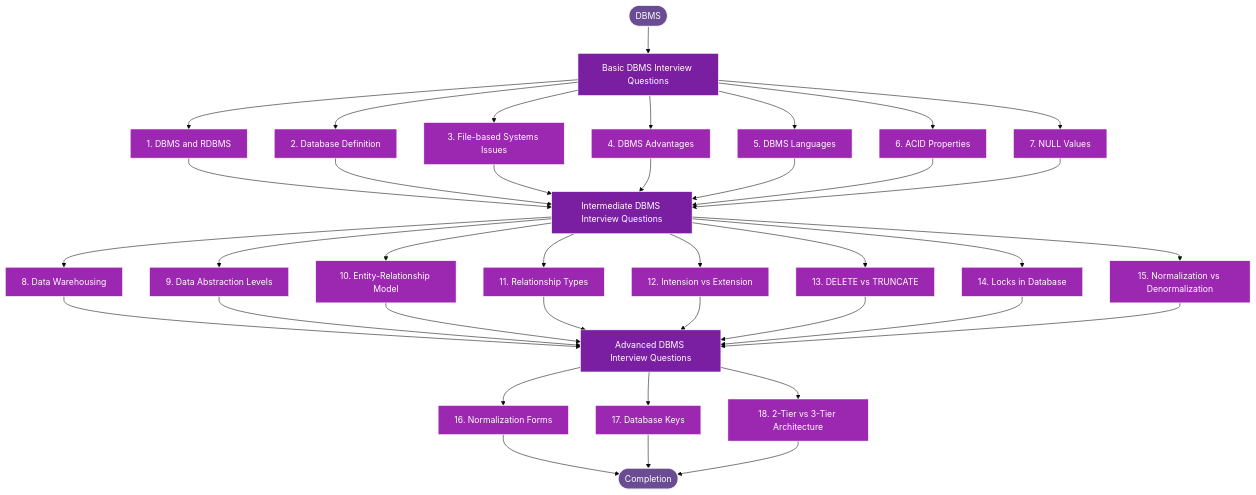
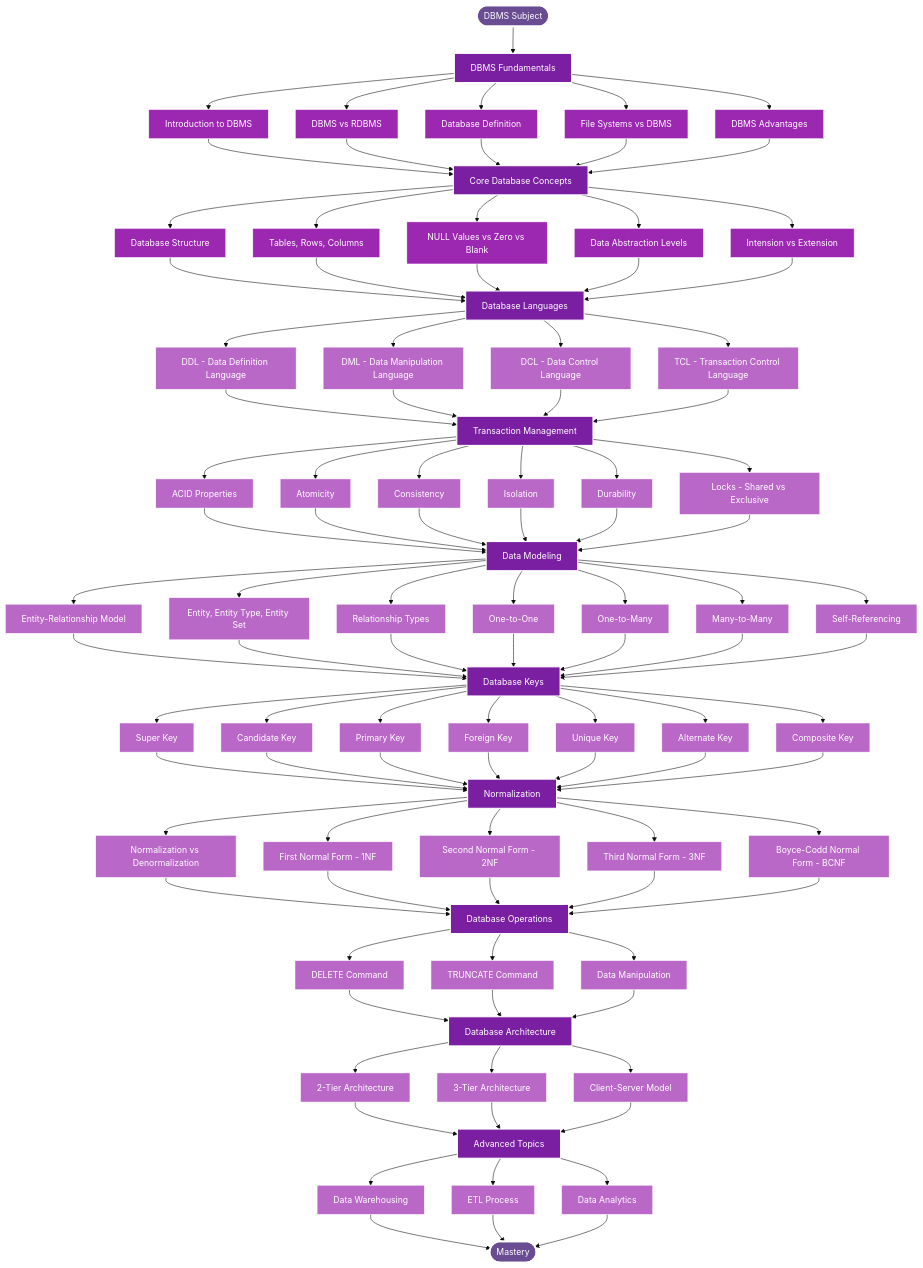
Before and after one commit to kintsugi-programmer/kintsugi-stack-dbms: the ninth of 9 diagrams in index.md, drawn with Mermaid (base theme).

````diff
--- a/index.md
+++ b/index.md
@@ -495,91 +495,191 @@
 ```mermaid
 flowchart TD
-    Start([DBMS]) --> Basic
+    Start([DBMS Subject]) --> Fundamentals
     
-    Basic[Basic DBMS Interview Questions] --> Q1
-    Basic --> Q2
-    Basic --> Q3
-    Basic --> Q4
-    Basic --> Q5
-    Basic --> Q6
-    Basic --> Q7
+    Fundamentals[DBMS Fundamentals] --> F1[Introduction to DBMS]
+    Fundamentals --> F2[DBMS vs RDBMS]
+    Fundamentals --> F3[Database Definition]
+    Fundamentals --> F4[File Systems vs DBMS]
+    Fundamentals --> F5[DBMS Advantages]
     
-    Q1[1. DBMS and RDBMS]
-    Q2[2. Database Definition]
-    Q3[3. File-based Systems Issues]
-    Q4[4. DBMS Advantages]
-    Q5[5. DBMS Languages]
-    Q6[6. ACID Properties]
-    Q7[7. NULL Values]
+    F1 --> Core
+    F2 --> Core
+    F3 --> Core
+    F4 --> Core
+    F5 --> Core
     
-    Q1 --> Intermediate
-    Q2 --> Intermediate
-    Q3 --> Intermediate
-    Q4 --> Intermediate
-    Q5 --> Intermediate
-    Q6 --> Intermediate
-    Q7 --> Intermediate
+    Core[Core Database Concepts] --> C1[Database Structure]
+    Core --> C2[Tables, Rows, Columns]
+    Core --> C3[NULL Values vs Zero vs Blank]
+    Core --> C4[Data Abstraction Levels]
+    Core --> C5[Intension vs Extension]
     
-    Intermediate[Intermediate DBMS Interview Questions] --> Q8
-    Intermediate --> Q9
-    Intermediate --> Q10
-    Intermediate --> Q11
-    Intermediate --> Q12
-    Intermediate --> Q13
-    Intermediate --> Q14
-    Intermediate --> Q15
+    C1 --> Languages
+    C2 --> Languages
+    C3 --> Languages
+    C4 --> Languages
+    C5 --> Languages
     
-    Q8[8. Data Warehousing]
-    Q9[9. Data Abstraction Levels]
-    Q10[10. Entity-Relationship Model]
-    Q11[11. Relationship Types]
-    Q12[12. Intension vs Extension]
-    Q13[13. DELETE vs TRUNCATE]
-    Q14[14. Locks in Database]
-    Q15[15. Normalization vs Denormalization]
+    Languages[Database Languages] --> L1[DDL - Data Definition Language]
+    Languages --> L2[DML - Data Manipulation Language]
+    Languages --> L3[DCL - Data Control Language]
+    Languages --> L4[TCL - Transaction Control Language]
     
-    Q8 --> Advanced
-    Q9 --> Advanced
-    Q10 --> Advanced
-    Q11 --> Advanced
-    Q12 --> Advanced
-    Q13 --> Advanced
-    Q14 --> Advanced
-    Q15 --> Advanced
+    L1 --> Transactions
+    L2 --> Transactions
+    L3 --> Transactions
+    L4 --> Transactions
     
-    Advanced[Advanced DBMS Interview Questions] --> Q16
-    Advanced --> Q17
-    Advanced --> Q18
+    Transactions[Transaction Management] --> T1[ACID Properties]
+    Transactions --> T2[Atomicity]
+    Transactions --> T3[Consistency]
+    Transactions --> T4[Isolation]
+    Transactions --> T5[Durability]
+    Transactions --> T6[Locks - Shared vs Exclusive]
     
-    Q16[16. Normalization Forms]
-    Q17[17. Database Keys]
-    Q18[18. 2-Tier vs 3-Tier Architecture]
+    T1 --> Modeling
+    T2 --> Modeling
+    T3 --> Modeling
+    T4 --> Modeling
+    T5 --> Modeling
+    T6 --> Modeling
     
-    Q16 --> End([Completion])
-    Q17 --> End
-    Q18 --> End
+    Modeling[Data Modeling] --> M1[Entity-Relationship Model]
+    Modeling --> M2[Entity, Entity Type, Entity Set]
+    Modeling --> M3[Relationship Types]
+    Modeling --> M4[One-to-One]
+    Modeling --> M5[One-to-Many]
+    Modeling --> M6[Many-to-Many]
+    Modeling --> M7[Self-Referencing]
     
-    style Start fill:#6a4c93,stroke:#ffffff,color:#ffffff
-    style Basic fill:#7b1fa2,stroke:#ffffff,color:#ffffff
-    style Intermediate fill:#7b1fa2,stroke:#ffffff,color:#ffffff
-    style Advanced fill:#7b1fa2,stroke:#ffffff,color:#ffffff
-    style End fill:#6a4c93,stroke:#ffffff,color:#ffffff
-    style Q1 fill:#9c27b0,stroke:#ffffff,color:#ffffff
-    style Q2 fill:#9c27b0,stroke:#ffffff,color:#ffffff
-    style Q3 fill:#9c27b0,stroke:#ffffff,color:#ffffff
-    style Q4 fill:#9c27b0,stroke:#ffffff,color:#ffffff
-    style Q5 fill:#9c27b0,stroke:#ffffff,color:#ffffff
-    style Q6 fill:#9c27b0,stroke:#ffffff,color:#ffffff
-    style Q7 fill:#9c27b0,stroke:#ffffff,color:#ffffff
-    style Q8 fill:#9c27b0,stroke:#ffffff,color:#ffffff
-    style Q9 fill:#9c27b0,stroke:#ffffff,color:#ffffff
-    style Q10 fill:#9c27b0,stroke:#ffffff,color:#ffffff
-    style Q11 fill:#9c27b0,stroke:#ffffff,color:#ffffff
-    style Q12 fill:#9c27b0,stroke:#ffffff,color:#ffffff
-    style Q13 fill:#9c27b0,stroke:#ffffff,color:#ffffff
-    style Q14 fill:#9c27b0,stroke:#ffffff,color:#ffffff
-    style Q15 fill:#9c27b0,stroke:#ffffff,color:#ffffff
-    style Q16 fill:#9c27b0,stroke:#ffffff,color:#ffffff
-    style Q17 fill:#9c27b0,stroke:#ffffff,color:#ffffff
-    style Q18 fill:#9c27b0,stroke:#ffffff,color:#ffffff
+    M1 --> Keys
+    M2 --> Keys
+    M3 --> Keys
+    M4 --> Keys
+    M5 --> Keys
+    M6 --> Keys
+    M7 --> Keys
+    
+    Keys[Database Keys] --> K1[Super Key]
+    Keys --> K2[Candidate Key]
+    Keys --> K3[Primary Key]
+    Keys --> K4[Foreign Key]
+    Keys --> K5[Unique Key]
+    Keys --> K6[Alternate Key]
+    Keys --> K7[Composite Key]
+    
+    K1 --> Normalization
+    K2 --> Normalization
+    K3 --> Normalization
+    K4 --> Normalization
+    K5 --> Normalization
+    K6 --> Normalization
+    K7 --> Normalization
+    
+    Normalization[Normalization] --> N1[Normalization vs Denormalization]
+    Normalization --> N2[First Normal Form - 1NF]
+    Normalization --> N3[Second Normal Form - 2NF]
+    Normalization --> N4[Third Normal Form - 3NF]
+    Normalization --> N5[Boyce-Codd Normal Form - BCNF]
+    
+    N1 --> Operations
+    N2 --> Operations
+    N3 --> Operations
+    N4 --> Operations
+    N5 --> Operations
+    
+    Operations[Database Operations] --> O1[DELETE Command]
+    Operations --> O2[TRUNCATE Command]
+    Operations --> O3[Data Manipulation]
+    
+    O1 --> Architecture
+    O2 --> Architecture
+    O3 --> Architecture
+    
+    Architecture[Database Architecture] --> A1[2-Tier Architecture]
+    Architecture --> A2[3-Tier Architecture]
+    Architecture --> A3[Client-Server Model]
+    
+    A1 --> Advanced
+    A2 --> Advanced
+    A3 --> Advanced
+    
+    Advanced[Advanced Topics] --> AD1[Data Warehousing]
+    Advanced --> AD2[ETL Process]
+    Advanced --> AD3[Data Analytics]
+    
+    AD1 --> End([Mastery])
+    AD2 --> End
+    AD3 --> End
+    
+    style Start fill:#6a4c93,stroke:#ffffff,color:#ffffff,stroke-width:3px
+    style Fundamentals fill:#7b1fa2,stroke:#ffffff,color:#ffffff,stroke-width:2px
+    style Core fill:#7b1fa2,stroke:#ffffff,color:#ffffff,stroke-width:2px
+    style Languages fill:#7b1fa2,stroke:#ffffff,color:#ffffff,stroke-width:2px
+    style Transactions fill:#7b1fa2,stroke:#ffffff,color:#ffffff,stroke-width:2px
+    style Modeling fill:#7b1fa2,stroke:#ffffff,color:#ffffff,stroke-width:2px
+    style Keys fill:#7b1fa2,stroke:#ffffff,color:#ffffff,stroke-width:2px
+    style Normalization fill:#7b1fa2,stroke:#ffffff,color:#ffffff,stroke-width:2px
+    style Operations fill:#7b1fa2,stroke:#ffffff,color:#ffffff,stroke-width:2px
+    style Architecture fill:#7b1fa2,stroke:#ffffff,color:#ffffff,stroke-width:2px
+    style Advanced fill:#7b1fa2,stroke:#ffffff,color:#ffffff,stroke-width:2px
+    style End fill:#6a4c93,stroke:#ffffff,color:#ffffff,stroke-width:3px
+    
+    style F1 fill:#9c27b0,stroke:#ffffff,color:#ffffff
+    style F2 fill:#9c27b0,stroke:#ffffff,color:#ffffff
+    style F3 fill:#9c27b0,stroke:#ffffff,color:#ffffff
+    style F4 fill:#9c27b0,stroke:#ffffff,color:#ffffff
+    style F5 fill:#9c27b0,stroke:#ffffff,color:#ffffff
+    
+    style C1 fill:#9c27b0,stroke:#ffffff,color:#ffffff
+    style C2 fill:#9c27b0,stroke:#ffffff,color:#ffffff
+    style C3 fill:#9c27b0,stroke:#ffffff,color:#ffffff
+    style C4 fill:#9c27b0,stroke:#ffffff,color:#ffffff
+    style C5 fill:#9c27b0,stroke:#ffffff,color:#ffffff
+    
+    style L1 fill:#ba68c8,stroke:#ffffff,color:#ffffff
+    style L2 fill:#ba68c8,stroke:#ffffff,color:#ffffff
+    style L3 fill:#ba68c8,stroke:#ffffff,color:#ffffff
+    style L4 fill:#ba68c8,stroke:#ffffff,color:#ffffff
+    
+    style T1 fill:#ba68c8,stroke:#ffffff,color:#ffffff
+    style T2 fill:#ba68c8,stroke:#ffffff,color:#ffffff
+    style T3 fill:#ba68c8,stroke:#ffffff,color:#ffffff
+    style T4 fill:#ba68c8,stroke:#ffffff,color:#ffffff
+    style T5 fill:#ba68c8,stroke:#ffffff,color:#ffffff
+    style T6 fill:#ba68c8,stroke:#ffffff,color:#ffffff
+    
+    style M1 fill:#ba68c8,stroke:#ffffff,color:#ffffff
+    style M2 fill:#ba68c8,stroke:#ffffff,color:#ffffff
+    style M3 fill:#ba68c8,stroke:#ffffff,color:#ffffff
+    style M4 fill:#ba68c8,stroke:#ffffff,color:#ffffff
+    style M5 fill:#ba68c8,stroke:#ffffff,color:#ffffff
+    style M6 fill:#ba68c8,stroke:#ffffff,color:#ffffff
+    style M7 fill:#ba68c8,stroke:#ffffff,color:#ffffff
+    
+    style K1 fill:#ba68c8,stroke:#ffffff,color:#ffffff
+    style K2 fill:#ba68c8,stroke:#ffffff,color:#ffffff
+    style K3 fill:#ba68c8,stroke:#ffffff,color:#ffffff
+    style K4 fill:#ba68c8,stroke:#ffffff,color:#ffffff
+    style K5 fill:#ba68c8,stroke:#ffffff,color:#ffffff
+    style K6 fill:#ba68c8,stroke:#ffffff,color:#ffffff
+    style K7 fill:#ba68c8,stroke:#ffffff,color:#ffffff
+    
+    style N1 fill:#ba68c8,stroke:#ffffff,color:#ffffff
+    style N2 fill:#ba68c8,stroke:#ffffff,color:#ffffff
+    style N3 fill:#ba68c8,stroke:#ffffff,color:#ffffff
+    style N4 fill:#ba68c8,stroke:#ffffff,color:#ffffff
+    style N5 fill:#ba68c8,stroke:#ffffff,color:#ffffff
+    
+    style O1 fill:#ba68c8,stroke:#ffffff,color:#ffffff
+    style O2 fill:#ba68c8,stroke:#ffffff,color:#ffffff
+    style O3 fill:#ba68c8,stroke:#ffffff,color:#ffffff
+    
+    style A1 fill:#ba68c8,stroke:#ffffff,color:#ffffff
+    style A2 fill:#ba68c8,stroke:#ffffff,color:#ffffff
+    style A3 fill:#ba68c8,stroke:#ffffff,color:#ffffff
+    
+    style AD1 fill:#ba68c8,stroke:#ffffff,color:#ffffff
+    style AD2 fill:#ba68c8,stroke:#ffffff,color:#ffffff
+    style AD3 fill:#ba68c8,stroke:#ffffff,color:#ffffff
 ```
````
